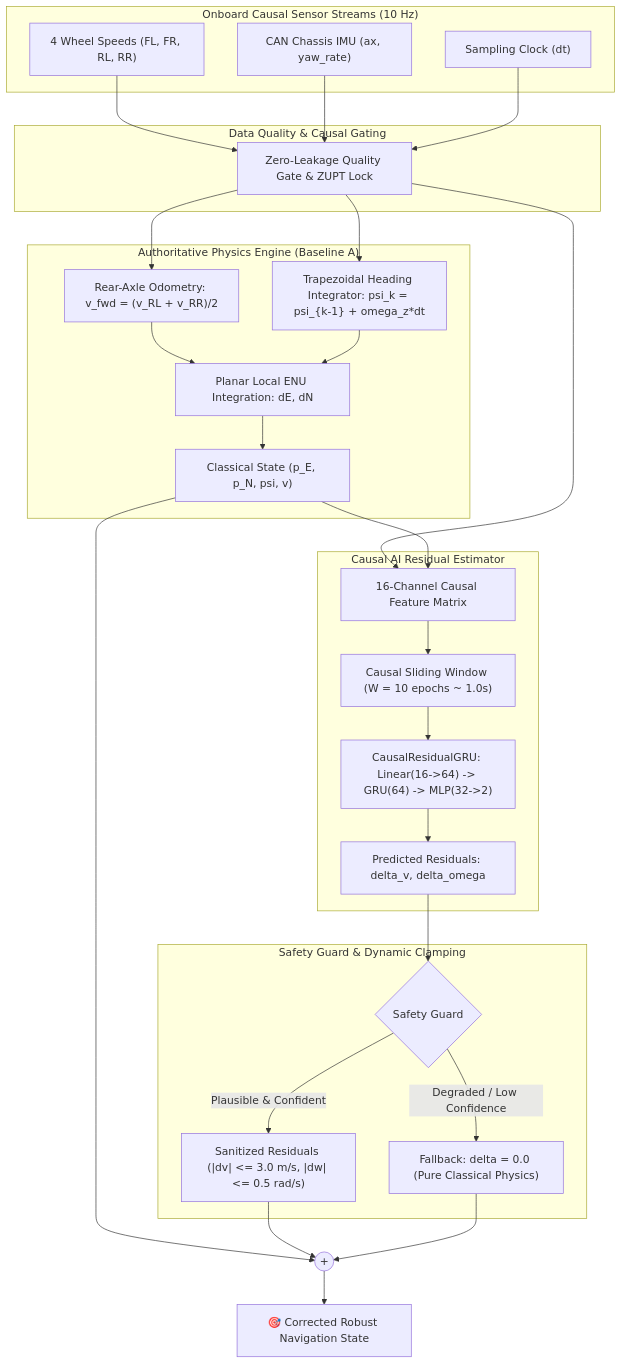
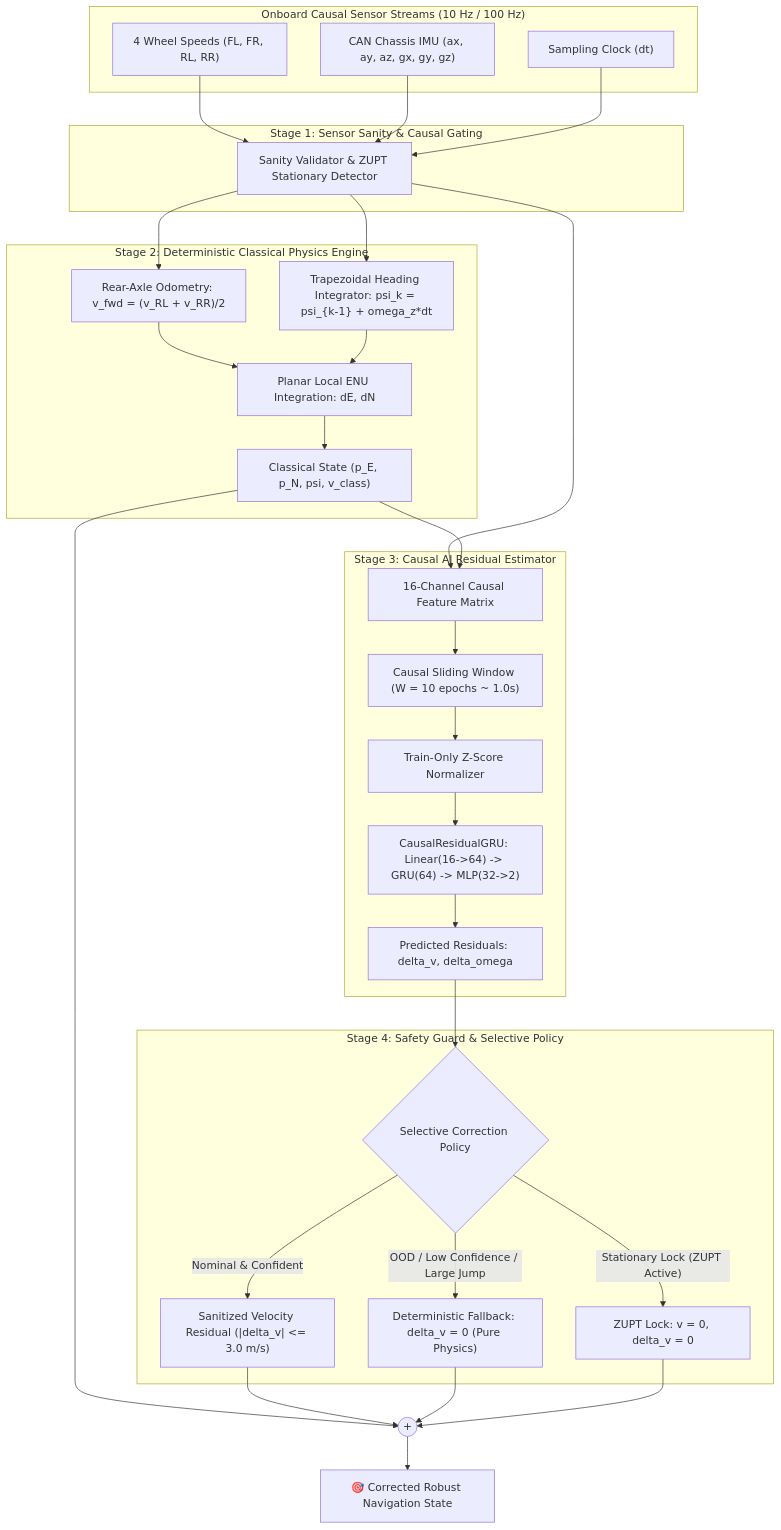
One commit to krushnasaruk/Agastya changed the diagram in README.md. Above: the diagram before and after it, drawn with Mermaid. The commit also changed other lines of this file, not shown here.

````diff
--- a/README.md
+++ b/README.md
@@ -21,41 +23,44 @@
 ```mermaid
 graph TD
-    subgraph S["Onboard Causal Sensor Streams (10 Hz)"]
+    subgraph S["Onboard Causal Sensor Streams (10 Hz / 100 Hz)"]
         W["4 Wheel Speeds (FL, FR, RL, RR)"]
-        IMU["CAN Chassis IMU (ax, yaw_rate)"]
+        IMU["CAN Chassis IMU (ax, ay, az, gx, gy, gz)"]
         CLK["Sampling Clock (dt)"]
     end
 
-    subgraph QG["Data Quality & Causal Gating"]
-        W --> GATE["Zero-Leakage Quality Gate & ZUPT Lock"]
+    subgraph QG["Stage 1: Sensor Sanity & Causal Gating"]
+        W --> GATE["Sanity Validator & ZUPT Stationary Detector"]
         IMU --> GATE
         CLK --> GATE
     end
 
-    subgraph PHY["Authoritative Physics Engine (Baseline A)"]
+    subgraph PHY["Stage 2: Deterministic Classical Physics Engine"]
         GATE --> KIN["Rear-Axle Odometry: v_fwd = (v_RL + v_RR)/2"]
         GATE --> YAW["Trapezoidal Heading Integrator: psi_k = psi_{k-1} + omega_z*dt"]
         KIN --> ENU["Planar Local ENU Integration: dE, dN"]
         YAW --> ENU
-        ENU --> X_CLASS["Classical State (p_E, p_N, psi, v)"]
+        ENU --> X_CLASS["Classical State (p_E, p_N, psi, v_class)"]
     end
 
-    subgraph AI_RES["Causal AI Residual Estimator"]
+    subgraph AI_RES["Stage 3: Causal AI Residual Estimator"]
         GATE --> FEAT["16-Channel Causal Feature Matrix"]
         X_CLASS --> FEAT
         FEAT --> WIN["Causal Sliding Window (W = 10 epochs ~ 1.0s)"]
-        WIN --> GRU["CausalResidualGRU: Linear(16->64) -> GRU(64) -> MLP(32->2)"]
+        WIN --> SCALE["Train-Only Z-Score Normalizer"]
+        SCALE --> GRU["CausalResidualGRU: Linear(16->64) -> GRU(64) -> MLP(32->2)"]
         GRU --> PRED["Predicted Residuals: delta_v, delta_omega"]
     end
 
-    subgraph SAFE["Safety Guard & Dynamic Clamping"]
-        PRED --> SG{"Safety Guard"}
-        SG -- "Plausible & Confident" --> SC["Sanitized Residuals (|dv| <= 3.0 m/s, |dw| <= 0.5 rad/s)"]
-        SG -- "Degraded / Low Confidence" --> FB["Fallback: delta = 0.0 (Pure Classical Physics)"]
+    subgraph SAFE["Stage 4: Safety Guard & Selective Policy"]
+        PRED --> SG{"Selective Correction Policy"}
+        SG -- "OOD / Low Confidence / Large Jump" --> FB["Deterministic Fallback: delta_v = 0 (Pure Physics)"]
+        SG -- "Stationary Lock (ZUPT Active)" --> ZU["ZUPT Lock: v = 0, delta_v = 0"]
+        SG -- "Nominal & Confident" --> SC["Sanitized Velocity Residual (|delta_v| <= 3.0 m/s)"]
     end
 
     X_CLASS --> MERGE((+))
     SC --> MERGE
     FB --> MERGE
+    ZU --> MERGE
     MERGE --> OUT["🎯 Corrected Robust Navigation State"]
 ```
````
